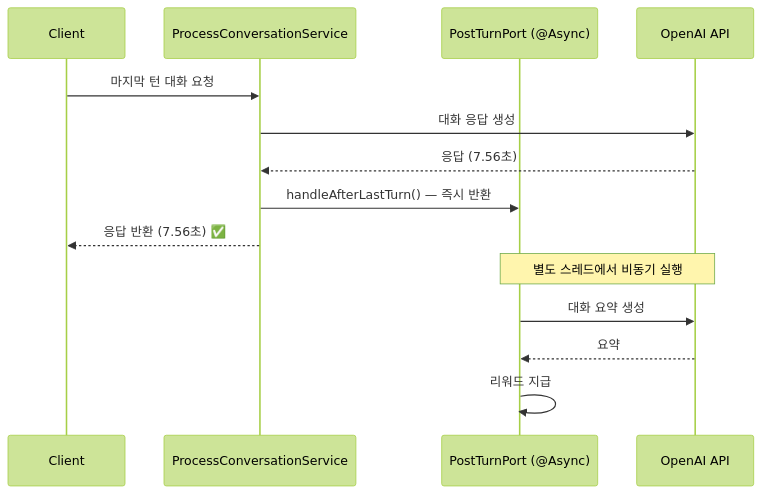
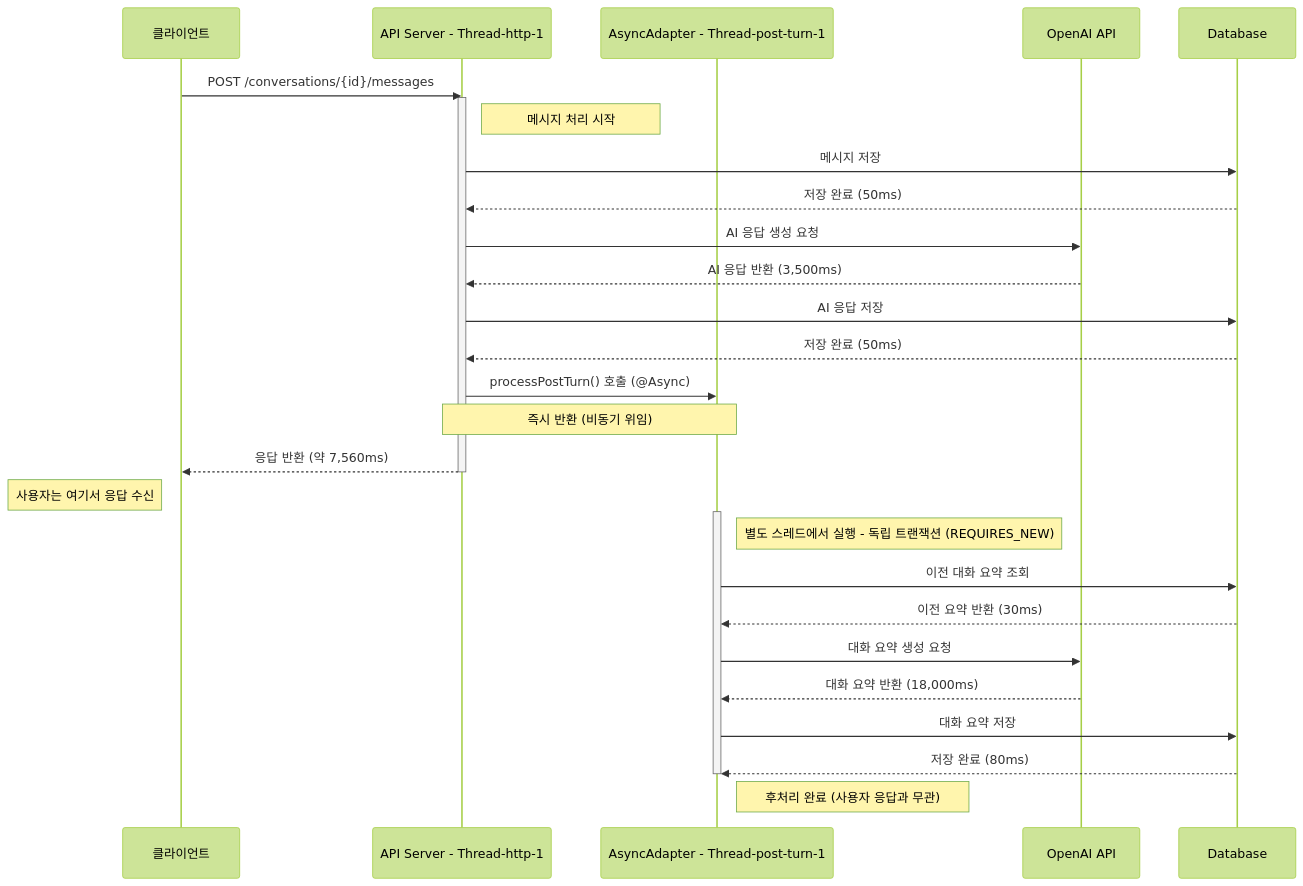
One commit to jiwon11/jiwon11.github.io changed the fourth of 6 diagrams in _posts/2026-02-07-kotlin-coroutines-to-spring-async-performance-improvement.md. Above: the diagram before and after it, drawn with Mermaid (forest theme). The commit also changed other lines of this file and 4 other files, not shown here.

````diff
--- a/_posts/2026-02-07-kotlin-coroutines-to-spring-async-performance-improvement.md
+++ b/_posts/2026-02-07-kotlin-coroutines-to-spring-async-performance-improvement.md
@@ -589,18 +688,43 @@
 ```mermaid
 sequenceDiagram
-    participant C as Client
-    participant S as ProcessConversationService
-    participant P as PostTurnPort (@Async)
+    participant Client as 클라이언트
+    participant API as API Server - Thread-http-1
+    participant Async as AsyncAdapter - Thread-post-turn-1
     participant AI as OpenAI API
-    
-    C->>S: 마지막 턴 대화 요청
-    S->>AI: 대화 응답 생성
-    AI-->>S: 응답 (7.56초)
-    S->>P: handleAfterLastTurn() — 즉시 반환
-    S-->>C: 응답 반환 (7.56초) ✅
-    
-    Note over P,AI: 별도 스레드에서 비동기 실행
-    P->>AI: 대화 요약 생성
-    AI-->>P: 요약
-    P->>P: 리워드 지급
+    participant DB as Database
+
+    Client->>API: POST /conversations/{id}/messages
+    activate API
+    Note right of API: 메시지 처리 시작
+
+    API->>DB: 메시지 저장
+    DB-->>API: 저장 완료 (50ms)
+
+    API->>AI: AI 응답 생성 요청
+    AI-->>API: AI 응답 반환 (3,500ms)
+
+    API->>DB: AI 응답 저장
+    DB-->>API: 저장 완료 (50ms)
+
+    API->>Async: processPostTurn() 호출 (@Async)
+    Note over API,Async: 즉시 반환 (비동기 위임)
+
+    API-->>Client: 응답 반환 (약 7,560ms)
+    deactivate API
+    Note left of Client: 사용자는 여기서 응답 수신
+
+    activate Async
+    Note right of Async: 별도 스레드에서 실행 - 독립 트랜잭션 (REQUIRES_NEW)
+
+    Async->>DB: 이전 대화 요약 조회
+    DB-->>Async: 이전 요약 반환 (30ms)
+
+    Async->>AI: 대화 요약 생성 요청
+    AI-->>Async: 대화 요약 반환 (18,000ms)
+
+    Async->>DB: 대화 요약 저장
+    DB-->>Async: 저장 완료 (80ms)
+
+    deactivate Async
+    Note right of Async: 후처리 완료 (사용자 응답과 무관)
 ```
````
